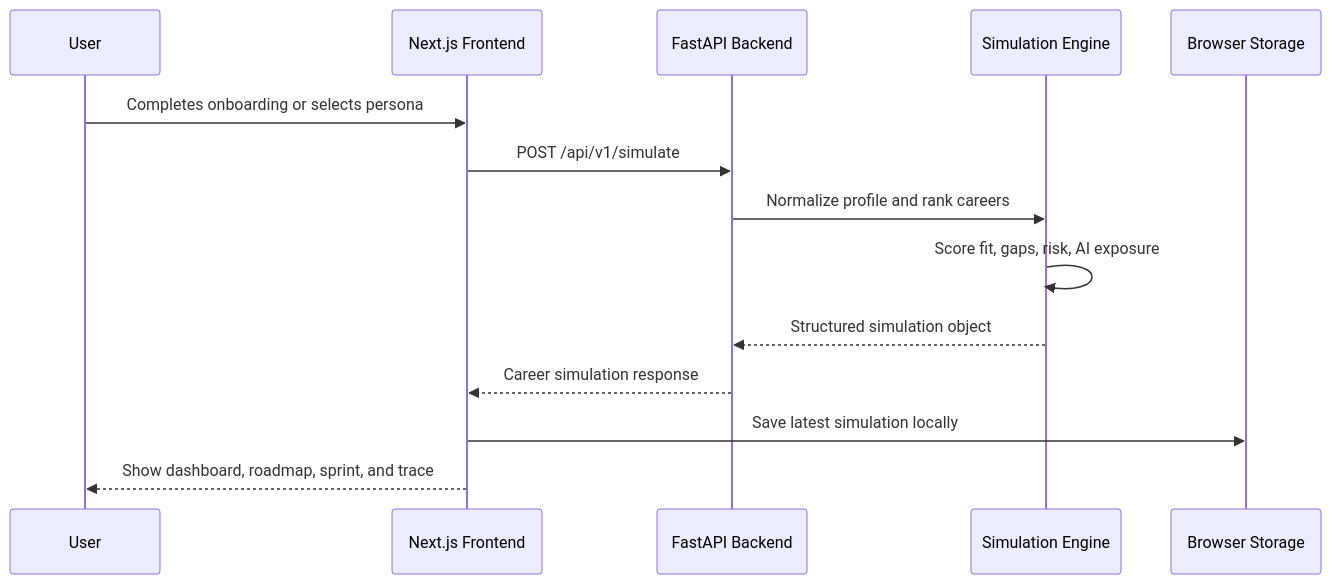
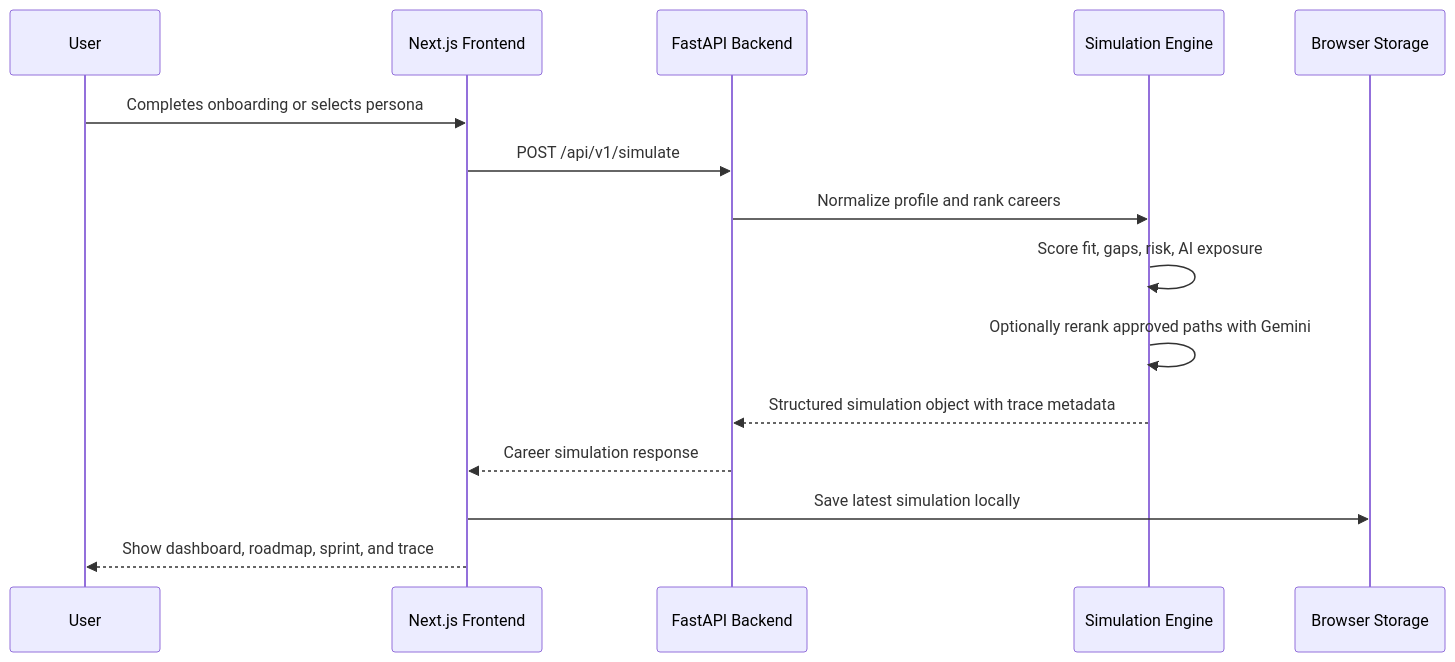
Before and after one commit to Dhruvg334/Daedalus: the second of 3 diagrams in README.md, drawn with Mermaid. The commit also changed other lines of this file and 14 other files, not shown here.

````diff
--- a/README.md
+++ b/README.md
@@ -78,17 +82,18 @@
 ```mermaid
 sequenceDiagram
     participant U as User
     participant FE as Next.js Frontend
     participant API as FastAPI Backend
     participant Engine as Simulation Engine
     participant Store as Browser Storage
 
     U->>FE: Completes onboarding or selects persona
     FE->>API: POST /api/v1/simulate
     API->>Engine: Normalize profile and rank careers
     Engine->>Engine: Score fit, gaps, risk, AI exposure
-    Engine-->>API: Structured simulation object
+    Engine->>Engine: Optionally rerank approved paths with Gemini
+    Engine-->>API: Structured simulation object with trace metadata
     API-->>FE: Career simulation response
     FE->>Store: Save latest simulation locally
     FE-->>U: Show dashboard, roadmap, sprint, and trace
 ```
````
